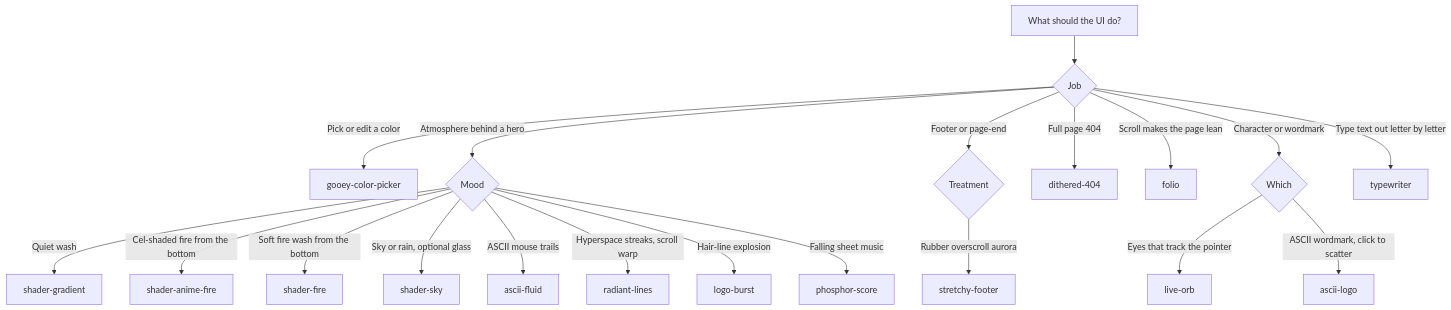
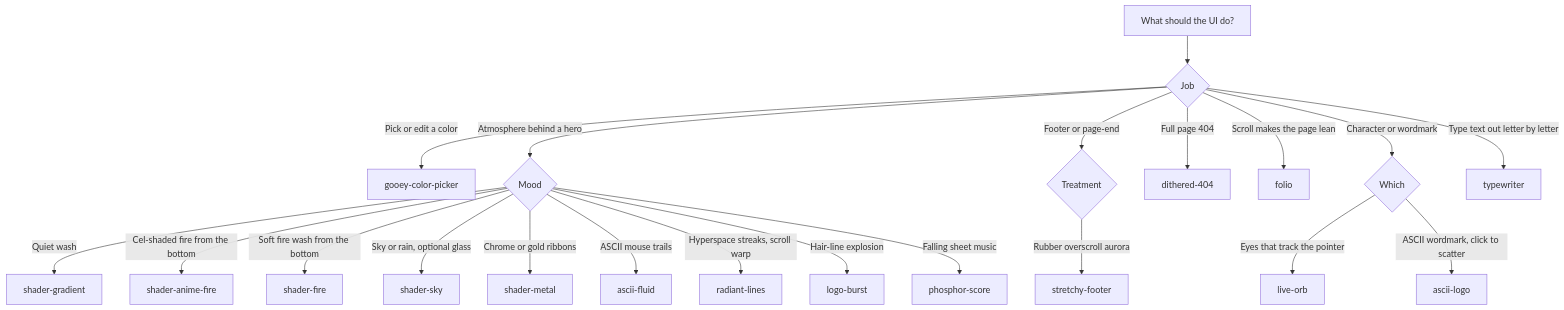
One commit to radiumcoders/23rd.dev changed the diagram in .cursor/skills/23rd/SKILL.md. Above: the diagram before and after it, drawn with Mermaid. The commit also changed other lines of this file and 20 other files, not shown here.

First line of the commit message:
Add Shader Metal.

````diff
--- a/.cursor/skills/23rd/SKILL.md
+++ b/.cursor/skills/23rd/SKILL.md
@@ -84,23 +84,24 @@
 ```mermaid
 flowchart TD
   start[What should the UI do?]
   start --> pick{Job}
   pick -->|Pick or edit a color| gooey[gooey-color-picker]
   pick -->|Atmosphere behind a hero| atmo{Mood}
   pick -->|Footer or page-end| foot{Treatment}
   pick -->|Full page 404| d404[dithered-404]
   pick -->|Scroll makes the page lean| folio[folio]
   pick -->|Character or wordmark| mark{Which}
   pick -->|Type text out letter by letter| tw[typewriter]
   atmo -->|Quiet wash| sg[shader-gradient]
   atmo -->|Cel-shaded fire from the bottom| saf[shader-anime-fire]
   atmo -->|Soft fire wash from the bottom| sf[shader-fire]
   atmo -->|Sky or rain, optional glass| ss[shader-sky]
+  atmo -->|Chrome or gold ribbons| sm[shader-metal]
   atmo -->|ASCII mouse trails| af[ascii-fluid]
   atmo -->|Hyperspace streaks, scroll warp| rl[radiant-lines]
   atmo -->|Hair-line explosion| lb[logo-burst]
   atmo -->|Falling sheet music| ps[phosphor-score]
   foot -->|Rubber overscroll aurora| st[stretchy-footer]
   mark -->|Eyes that track the pointer| orb[live-orb]
   mark -->|ASCII wordmark, click to scatter| al[ascii-logo]
 ```
````
